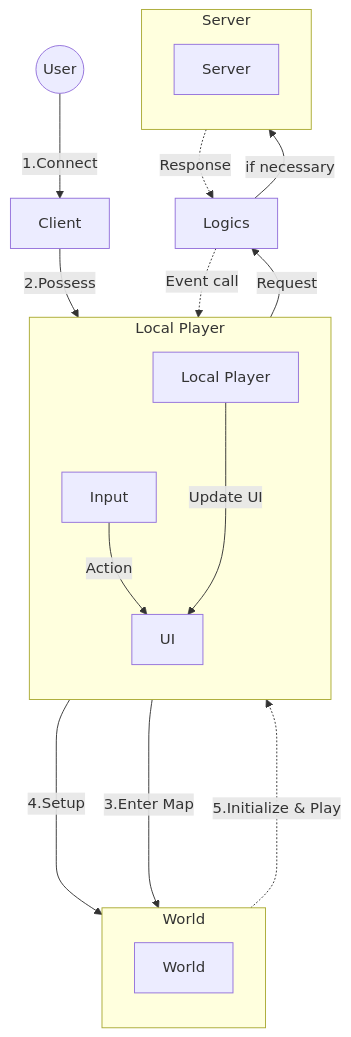
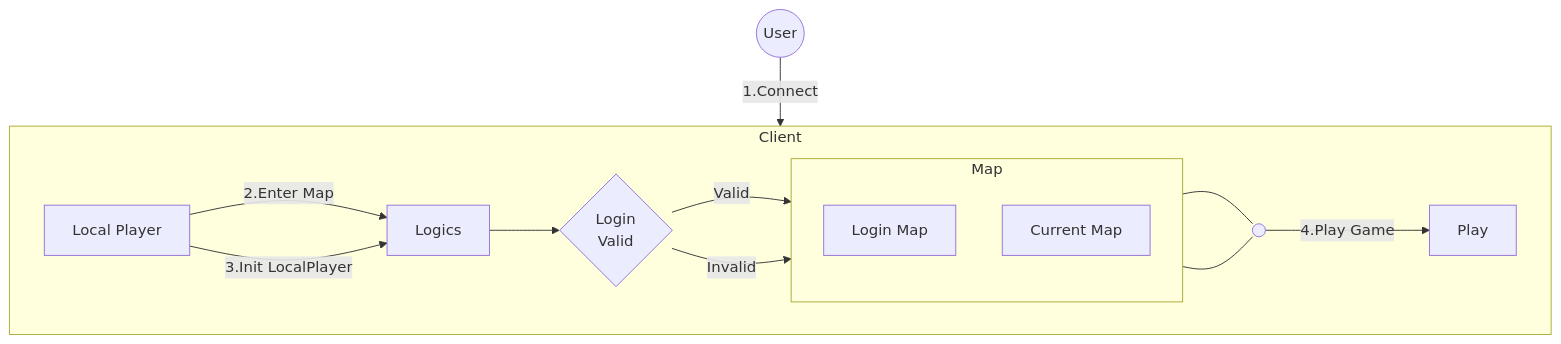
The diagram in README.md (dek0058/MScannot206), drawn with Mermaid before and after one commit. The commit also changed other lines of this file and 14 other files, not shown here.

````diff
--- a/README.md
+++ b/README.md
@@ -21,37 +29,36 @@
 ```mermaid
 graph TD
-    
-    User((User)):::user
-    Client[Client]:::client
-    
-    subgraph LocalPlayer_Area [Local Player]
-        direction TB
-        LocalPlayer[Local Player]:::localplayer
-        Input[Input]:::input
-        UI[UI]:::ui
-    end
+    User@{ shape: circle, label: "User"}
 
-    subgraph World_Area [World]
-        direction TB
-        World[World]:::world
-    end
+    subgraph Client_Area [Client]
+        direction LR
 
-    subgraph Server_Area [Server]
-        direction TB
-        Server[Server]:::server
+        mergePoint@{ shape: sm-circ, label: " "}
+        Play@{ shape: rect, label: "Play"}
+        LocalPlayer@{ shape: rect, label: "Local Player"}
+
+        subgraph Map_Area [Map]
+            direction TB
+            LoginMap@{ shape: rect, label: "Login Map"}
+            CurrentMap@{ shape: rect, label: "Current Map"}
+        end
+
+
+        Logics@{ shape: rect, label: "Logics"}
+        
+        Validate@{ shape: diamond, label: "Login<br>Valid"}
     end
 
 
-    User-->|1.Connect|Client
-    Client-->|2.Possess|LocalPlayer
-    LocalPlayer_Area----->|3.Enter Map|World_Area
-    LocalPlayer-->|4.Setup|World
-    World-.->|5.Initialize & Play|LocalPlayer_Area
-    Input-->|Action|UI
-    UI-->|Request|Logics
-    Logics-->|if necessary|Server_Area
-    Server_Area-.->|Response|Logics
-    Logics-.->|Event call|LocalPlayer
-    LocalPlayer--->|Update UI|UI
+    User-->|1.Connect|Client_Area
+    LocalPlayer-->|2.Enter Map|Logics
+    LocalPlayer-->|3.Init LocalPlayer|Logics
+    Logics-->Validate
+    Validate-->|Valid|CurrentMap
+    Validate-->|Invalid|LoginMap
+    CurrentMap---mergePoint
+    LoginMap---mergePoint
+    mergePoint-->|4.Play Game|Play
+    
 
 ```
````
